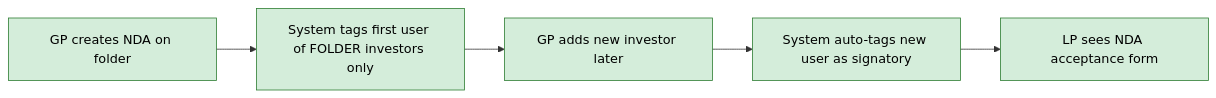
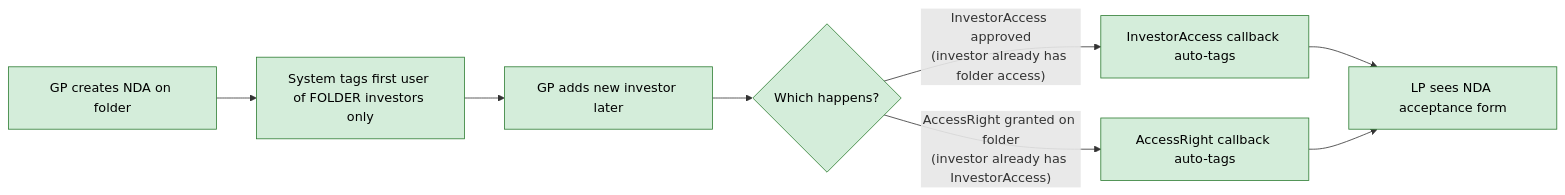
The second of 3 diagrams in openspec/changes/fix-nda-signatory-auto-tag-new-investors/proposal.md (sampadadiwan/IRM_CompanyMain), drawn with Mermaid before and after one commit. The commit also changed other lines of this file and 6 other files, not shown here.

First line of the commit message:
fix: Auto-tag NDA signatory on folder AccessRight grant

````diff
--- a/openspec/changes/fix-nda-signatory-auto-tag-new-investors/proposal.md
+++ b/openspec/changes/fix-nda-signatory-auto-tag-new-investors/proposal.md
@@ -39,9 +41,12 @@
 ```mermaid
 flowchart LR
     A["GP creates NDA on folder"] --> B["System tags first user of FOLDER investors only"]
     B --> C["GP adds new investor later"]
-    C --> D["System auto-tags new user as signatory"]
-    D --> E["LP sees NDA acceptance form"]
+    C --> D1{"Which happens?"}
+    D1 -- "InvestorAccess approved<br/>(investor already has folder access)" --> D2["InvestorAccess callback auto-tags"]
+    D1 -- "AccessRight granted on folder<br/>(investor already has InvestorAccess)" --> D3["AccessRight callback auto-tags"]
+    D2 --> E["LP sees NDA acceptance form"]
+    D3 --> E
     classDef new fill:#d4edda,stroke:#2e7d32,color:#000
-    class A,B,C,D,E new
+    class A,B,C,D1,D2,D3,E new
 ```
````
